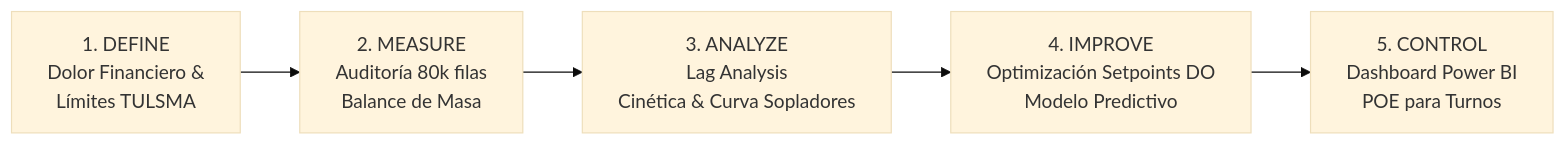
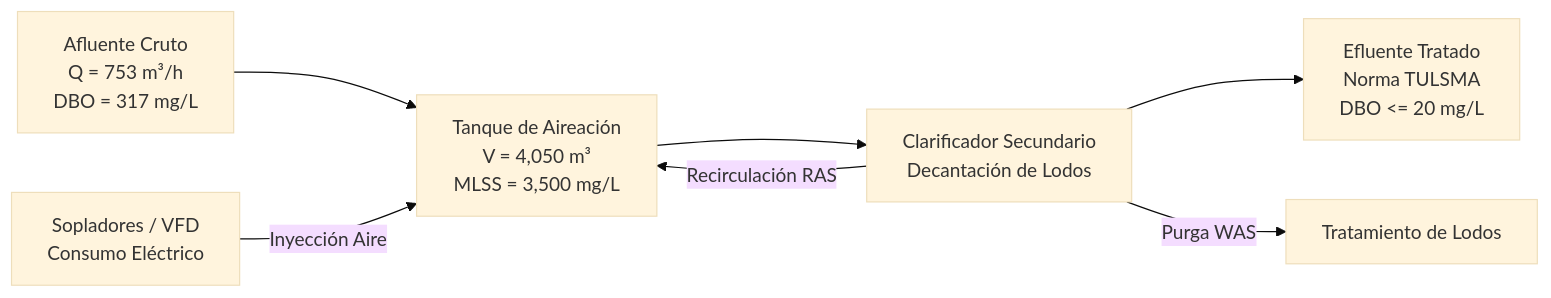
Before and after one commit to 32456344567/01_Optimizacion_PTAR_Efluentes: the diagram in README.md, drawn with Mermaid (base theme). The commit also changed other lines of this file and 9 other files, not shown here.

````diff
--- a/README.md
+++ b/README.md
@@ -31,7 +17,9 @@
 ```mermaid
 flowchart LR
-    D[1. DEFINE<br/>Dolor Financiero &<br/>Límites TULSMA] --> M[2. MEASURE<br/>Auditoría 80k filas<br/>Balance de Masa]
-    M --> A[3. ANALYZE<br/>Lag Analysis<br/>Cinética & Curva Sopladores]
-    A --> I[4. IMPROVE<br/>Optimización Setpoints DO<br/>Modelo Predictivo]
-    I --> C[5. CONTROL<br/>Dashboard Power BI<br/>POE para Turnos]
+    A[Afluente Cruto<br/>Q = 753 m³/h<br/>DBO = 317 mg/L] --> B[Tanque de Aireación<br/>V = 4,050 m³<br/>MLSS = 3,500 mg/L]
+    B --> C[Clarificador Secundario<br/>Decantación de Lodos]
+    C --> D[Efluente Tratado<br/>Norma TULSMA<br/>DBO <= 20 mg/L]
+    C -->|Recirculación RAS| B
+    C -->|Purga WAS| E[Tratamiento de Lodos]
+    F[Sopladores / VFD<br/>Consumo Eléctrico] -->|Inyección Aire| B
 ```
````
